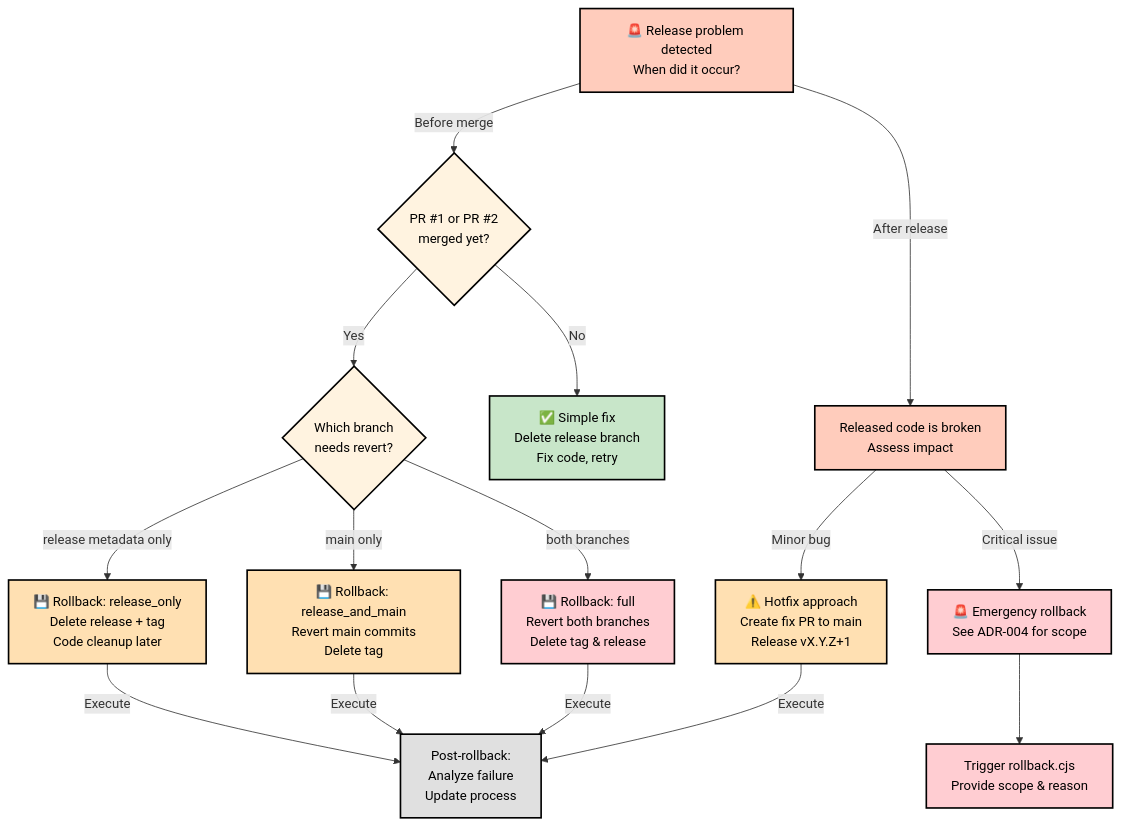
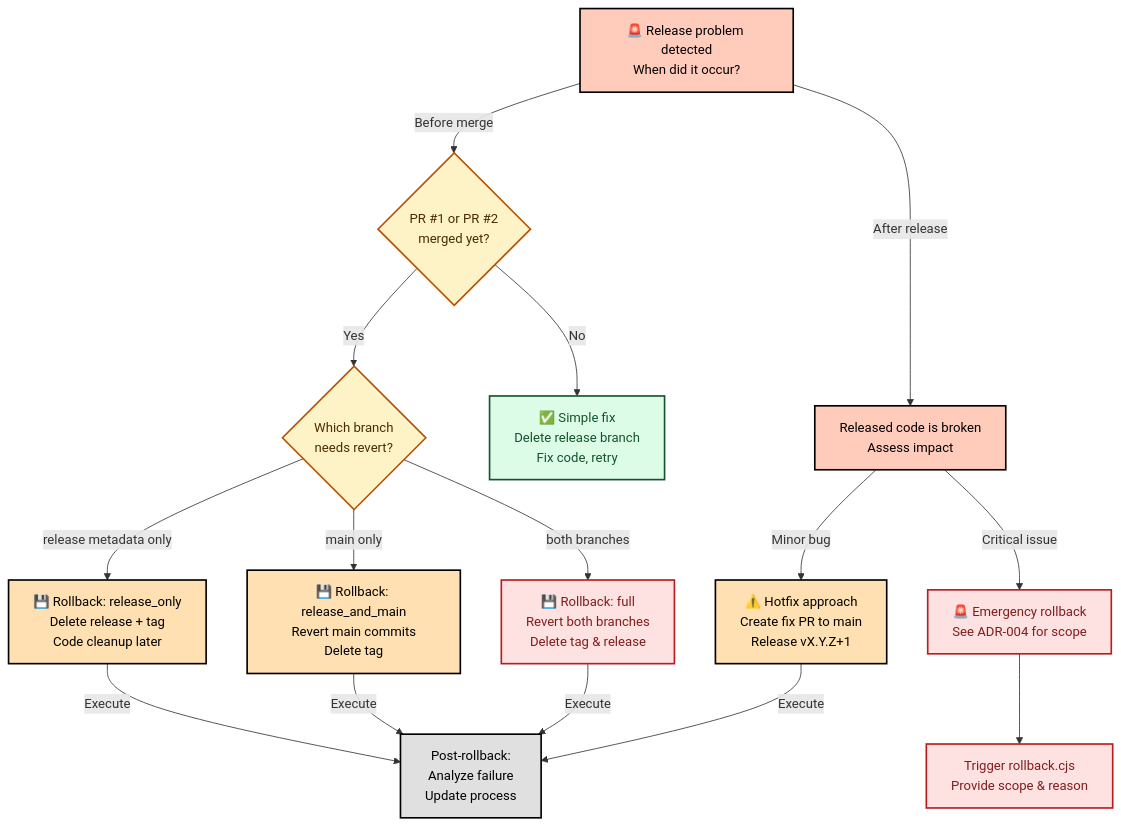
Before and after one commit to lightspeedwp/.github: the fifth of 5 diagrams in docs/RELEASE_PROCESS.md, drawn with Mermaid. The commit also changed other lines of this file and 244 other files, not shown here.

First line of the commit message:
test(accessibility): README.md update script testing + Mermaid accessibility enhancement

````diff
--- a/docs/RELEASE_PROCESS.md
+++ b/docs/RELEASE_PROCESS.md
@@ -447,32 +453,33 @@
 ```mermaid
 flowchart TD
+%%{init: { 'accessibility': { 'diagWithoutTitle':true } }}%%
     accTitle: Rollback decision tree
     accDescr: Diagnose release failure timing and decide rollback scope (metadata only, main only, or full)
     A["🚨 Release problem detected<br/>When did it occur?"] -->|Before merge| B{PR #1 or PR #2<br/>merged yet?}
     A -->|After release| C["Released code is broken<br/>Assess impact"]
     B -->|No| D["✅ Simple fix<br/>Delete release branch<br/>Fix code, retry"]
     B -->|Yes| E{Which branch<br/>needs revert?}
     E -->|"release metadata only"| F["💾 Rollback: release_only<br/>Delete release + tag<br/>Code cleanup later"]
     E -->|"main only"| G["💾 Rollback: release_and_main<br/>Revert main commits<br/>Delete tag"]
     E -->|"both branches"| H["💾 Rollback: full<br/>Revert both branches<br/>Delete tag & release"]
     C -->|"Minor bug"| I["⚠️ Hotfix approach<br/>Create fix PR to main<br/>Release vX.Y.Z+1"]
     C -->|"Critical issue"| J["🚨 Emergency rollback<br/>See ADR-004 for scope"]
     J --> K["Trigger rollback.cjs<br/>Provide scope & reason"]
     F -->|Execute| L["Post-rollback:<br/>Analyze failure<br/>Update process"]
     G -->|Execute| L
     H -->|Execute| L
     I -->|Execute| L
     
     style A fill:#ffccbc,color:#000,stroke:#000,stroke-width:2px
-    style B fill:#fff3e0,color:#000,stroke:#000,stroke-width:2px
+    style B fill:#fef3c7,color:#4a2c00,stroke:#b45309,stroke-width:2px
     style C fill:#ffccbc,color:#000,stroke:#000,stroke-width:2px
-    style D fill:#c8e6c9,color:#000,stroke:#000,stroke-width:2px
-    style E fill:#fff3e0,color:#000,stroke:#000,stroke-width:2px
+    style D fill:#dcfce7,color:#14532d,stroke:#14532d,stroke-width:2px
+    style E fill:#fef3c7,color:#4a2c00,stroke:#b45309,stroke-width:2px
     style F fill:#ffe0b2,color:#000,stroke:#000,stroke-width:2px
     style G fill:#ffe0b2,color:#000,stroke:#000,stroke-width:2px
-    style H fill:#ffcdd2,color:#000,stroke:#000,stroke-width:2px
+    style H fill:#fee2e2,color:#7f1d1d,stroke:#b91c1c,stroke-width:2px
     style I fill:#ffe0b2,color:#000,stroke:#000,stroke-width:2px
-    style J fill:#ffcdd2,color:#000,stroke:#000,stroke-width:2px
-    style K fill:#ffcdd2,color:#000,stroke:#000,stroke-width:2px
+    style J fill:#fee2e2,color:#7f1d1d,stroke:#b91c1c,stroke-width:2px
+    style K fill:#fee2e2,color:#7f1d1d,stroke:#b91c1c,stroke-width:2px
     style L fill:#e0e0e0,color:#000,stroke:#000,stroke-width:2px
 ```
````
